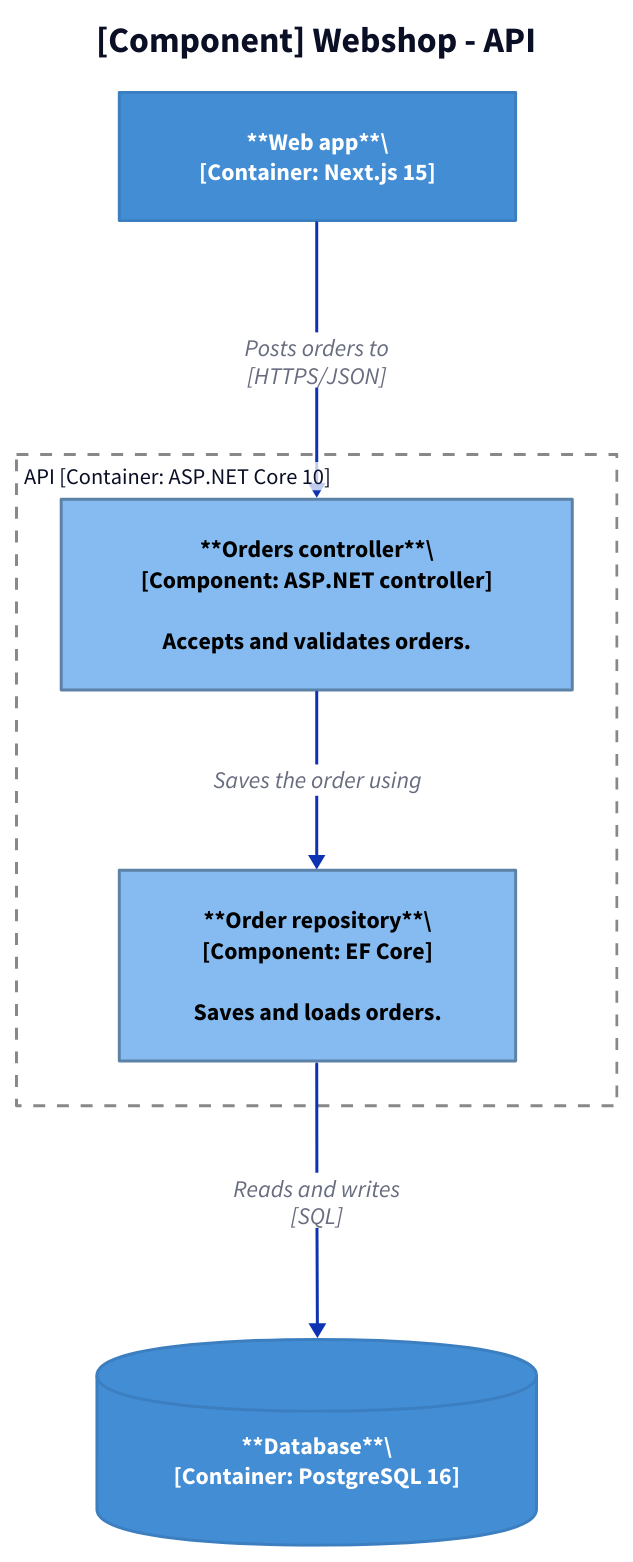
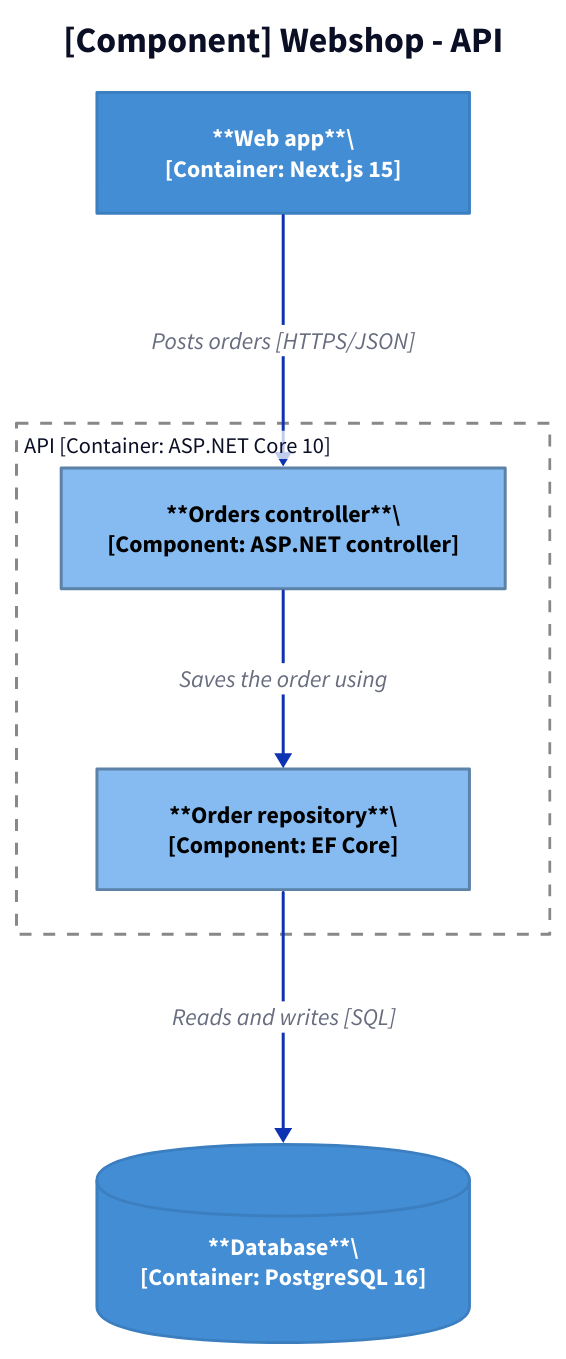
One commit to ATkingma/KingmaDoc changed the third of 5 diagrams in skill/explaining-code/reference/c4-model.md. Above: the diagram before and after it, drawn with D2. The commit also changed other lines of this file and 21 other files, not shown here.

````diff
--- a/skill/explaining-code/reference/c4-model.md
+++ b/skill/explaining-code/reference/c4-model.md
@@ -209,47 +201,43 @@
 ```d2
 classes: {
-  container: {shape: rectangle; style: {fill: "#438dd5"; stroke: "#3c7fc0"; font-color: "#ffffff"}}
-  database: {shape: cylinder; style: {fill: "#438dd5"; stroke: "#3c7fc0"; font-color: "#ffffff"}}
-  component: {shape: rectangle; style: {fill: "#85bbf0"; stroke: "#5d82a8"; font-color: "#000000"}}
+  container: {shape: rectangle; style: {fill: "#438dd5"; stroke: "#3c7fc0"; font-color: "#ffffff"}; width: 250}
+  database: {shape: cylinder; style: {fill: "#438dd5"; stroke: "#3c7fc0"; font-color: "#ffffff"}; width: 250}
+  component: {shape: rectangle; style: {fill: "#85bbf0"; stroke: "#5d82a8"; font-color: "#000000"}; width: 250}
   boundary: {label.near: top-left; style: {fill: transparent; stroke: "#888888"; stroke-dash: 4; font-size: 15}}
 }
 title: "[Component] Webshop - API" {shape: text; near: top-center; style: {font-size: 24; bold: true}}
 direction: down
 vars: {
   d2-legend: {
     c: Container {class: container}
     k: Component {class: component}
     d: Container: data store {class: database}
     bd: Container boundary {class: boundary}
     a: "" {style.opacity: 0}
     b: "" {style.opacity: 0}
     a -> b: Relationship
   }
 }
 web: |md
   **Web app**\
   [Container: Next.js 15]
 | {class: container}
 api: "API [Container: ASP.NET Core 10]" {
   class: boundary
   orders: |md
     **Orders controller**\
     [Component: ASP.NET controller]
-
-    Accepts and validates orders.
   | {class: component}
   store: |md
     **Order repository**\
     [Component: EF Core]
-
-    Saves and loads orders.
   | {class: component}
 }
 db: |md
   **Database**\
   [Container: PostgreSQL 16]
 | {class: database}
-web -> api.orders: "Posts orders to\n[HTTPS/JSON]"
+web -> api.orders: "Posts orders [HTTPS/JSON]"
 api.orders -> api.store: "Saves the order using"
-api.store -> db: "Reads and writes\n[SQL]"
+api.store -> db: "Reads and writes [SQL]"
 ```
````
